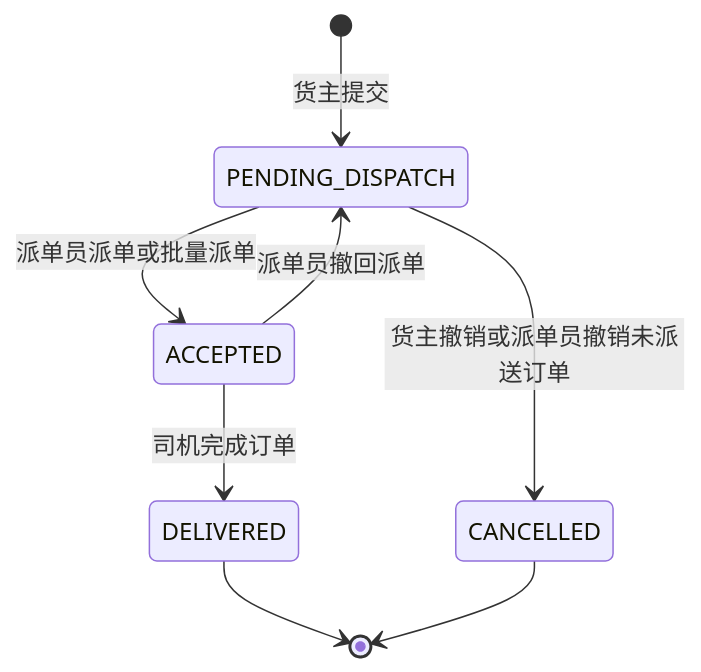
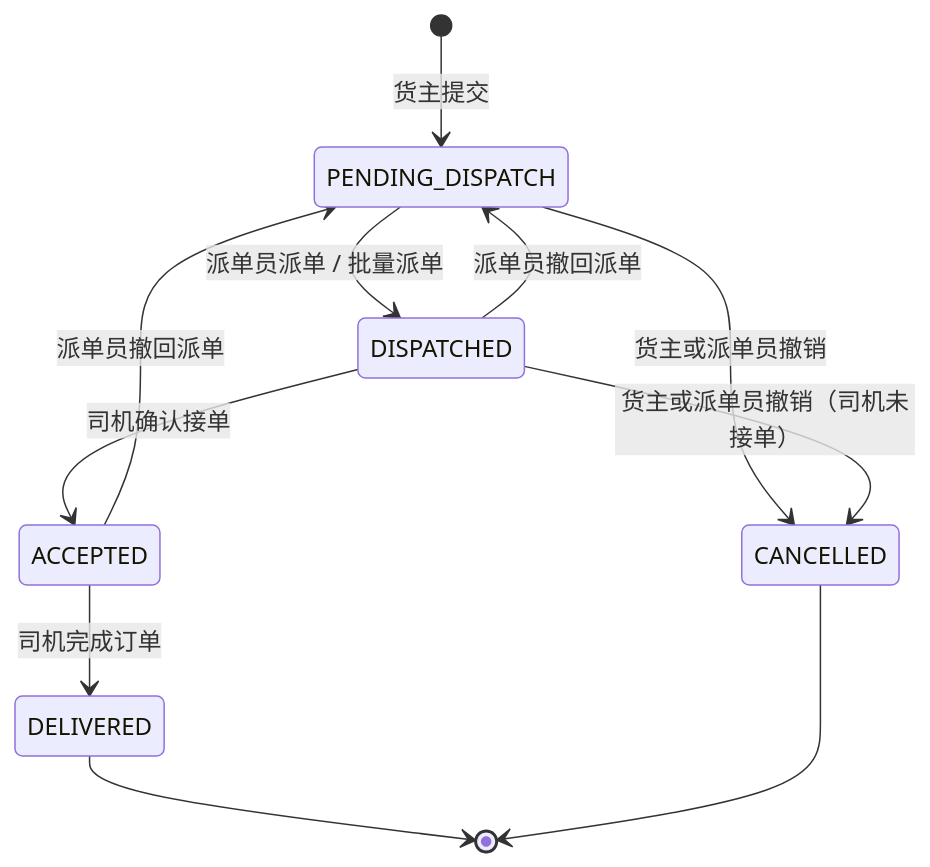
Before and after one commit to Tapmoay/SOrders: the diagram in docs/DOMAIN_MODEL.md, drawn with Mermaid. The commit also changed other lines of this file and 5 other files, not shown here.

First line of the commit message:
docs: 同步项目地图、端点索引与口径说明

````diff
--- a/docs/DOMAIN_MODEL.md
+++ b/docs/DOMAIN_MODEL.md
@@ -22,10 +29,13 @@
 ```mermaid
 stateDiagram-v2
   [*] --> PENDING_DISPATCH: 货主提交
-  PENDING_DISPATCH --> ACCEPTED: 派单员派单或批量派单
-  PENDING_DISPATCH --> CANCELLED: 货主撤销或派单员撤销未派送订单
+  PENDING_DISPATCH --> DISPATCHED: 派单员派单 / 批量派单
+  PENDING_DISPATCH --> CANCELLED: 货主或派单员撤销
+  DISPATCHED --> ACCEPTED: 司机确认接单
+  DISPATCHED --> PENDING_DISPATCH: 派单员撤回派单
+  DISPATCHED --> CANCELLED: 货主或派单员撤销（司机未接单）
   ACCEPTED --> DELIVERED: 司机完成订单
   ACCEPTED --> PENDING_DISPATCH: 派单员撤回派单
   DELIVERED --> [*]
   CANCELLED --> [*]
 ```
````
